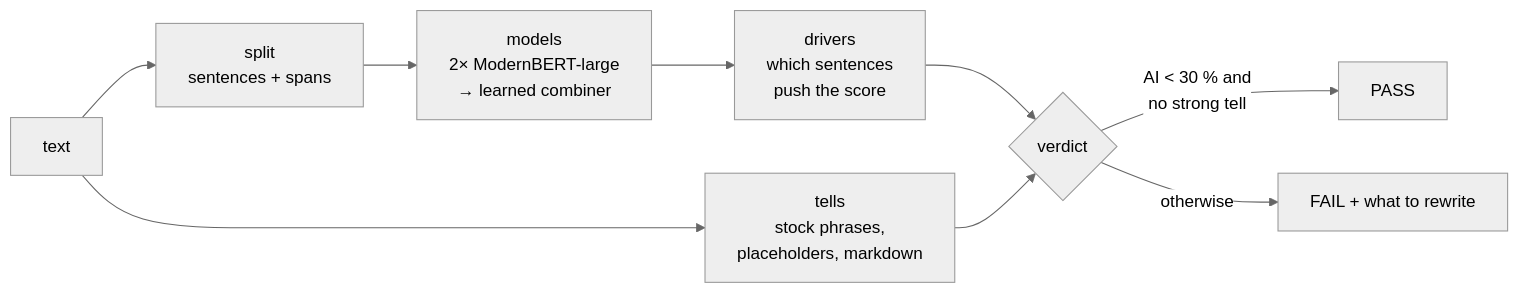
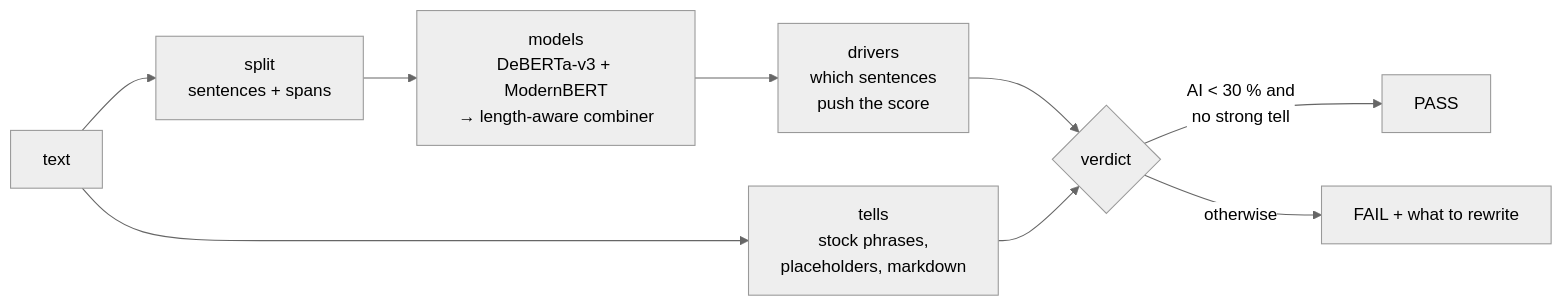
The diagram in README.md (AdityaBaranwal1/local-ai-detector), drawn with Mermaid (neutral theme) before and after one commit. The commit also changed other lines of this file and 4 other files, not shown here.

Commit message:
v8 + length-aware v0+v8 combiner live: 9.8 vs ZeroGPT 9.9 on all 400 review texts

````diff
--- a/README.md
+++ b/README.md
@@ -68,11 +70,11 @@
 ```mermaid
 flowchart LR
     T[text] --> S1[split<br/>sentences + spans]
-    S1 --> M[models<br/>2× ModernBERT-large<br/>→ learned combiner]
+    S1 --> M[models<br/>DeBERTa-v3 + ModernBERT<br/>→ length-aware combiner]
     M --> D[drivers<br/>which sentences<br/>push the score]
     T --> TL[tells<br/>stock phrases,<br/>placeholders, markdown]
     D --> V{verdict}
     TL --> V
     V -->|"AI < 30 % and<br/>no strong tell"| P[PASS]
     V -->|otherwise| F[FAIL + what to rewrite]
 ```
````
